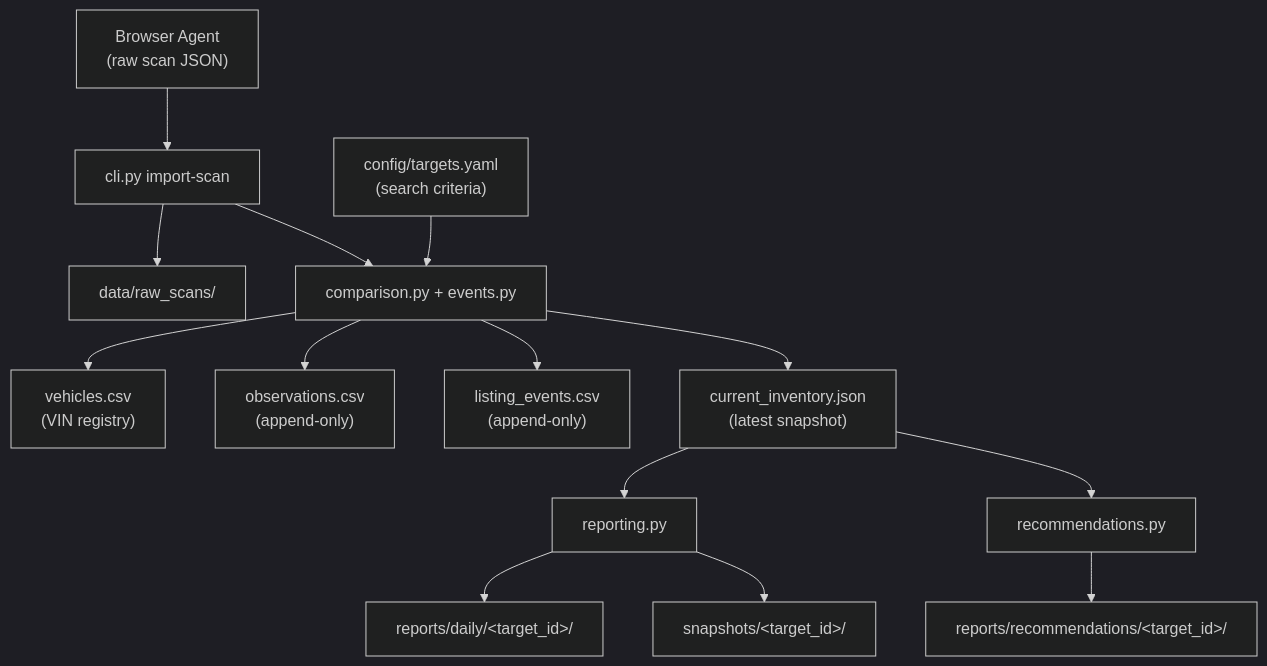
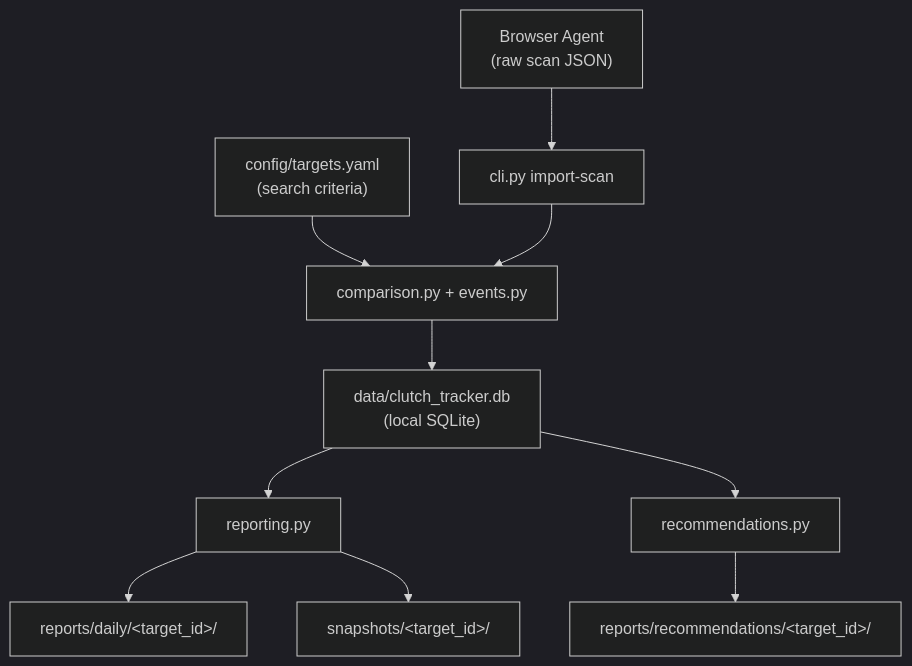
Before and after one commit to MG-Guan/clutch_tracker: the diagram in README.md, drawn with Mermaid (dark theme). The commit also changed other lines of this file and 65 other files, not shown here.

First line of the commit message:
Local SQLite storage, serve schedule, and web trigger-scan (#48)

````diff
--- a/README.md
+++ b/README.md
@@ -7,29 +7,21 @@
 ```mermaid
 flowchart TD
     YAML["config/targets.yaml\n(search criteria)"]
     Agent["Browser Agent\n(raw scan JSON)"]
     CLI["cli.py import-scan"]
-    Archive["data/raw_scans/"]
+    DB["data/clutch_tracker.db\n(local SQLite)"]
     Engine["comparison.py + events.py"]
-    Registry["vehicles.csv\n(VIN registry)"]
-    Obs["observations.csv\n(append-only)"]
-    Events["listing_events.csv\n(append-only)"]
-    Inv["current_inventory.json\n(latest snapshot)"]
     Report["reporting.py"]
     Daily["reports/daily/&lt;target_id&gt;/"]
     Snap["snapshots/&lt;target_id&gt;/"]
 
     YAML --> Engine
     Agent --> CLI
-    CLI --> Archive
     CLI --> Engine
-    Engine --> Registry
-    Engine --> Obs
-    Engine --> Events
-    Engine --> Inv
-    Inv --> Report
+    Engine --> DB
+    DB --> Report
     Report --> Daily
     Report --> Snap
-    Inv --> Recs["recommendations.py"]
+    DB --> Recs["recommendations.py"]
     Recs --> RecDir["reports/recommendations/&lt;target_id&gt;/"]
 ```
````
